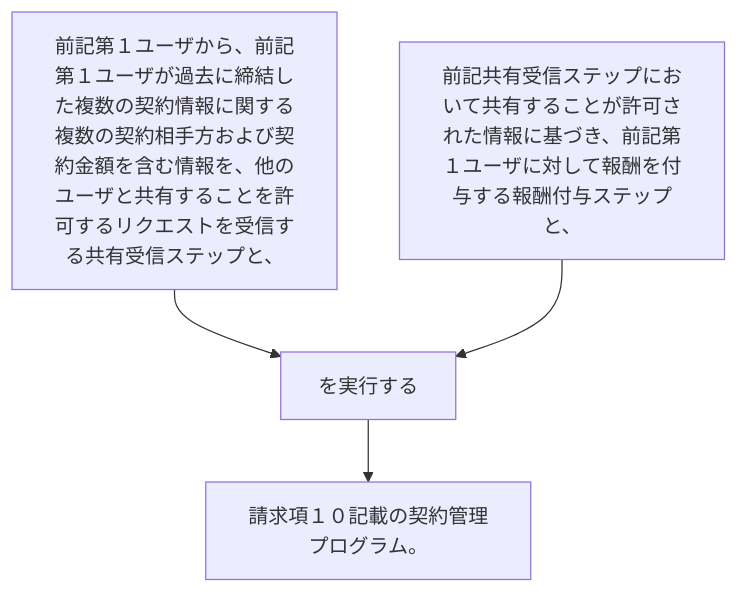
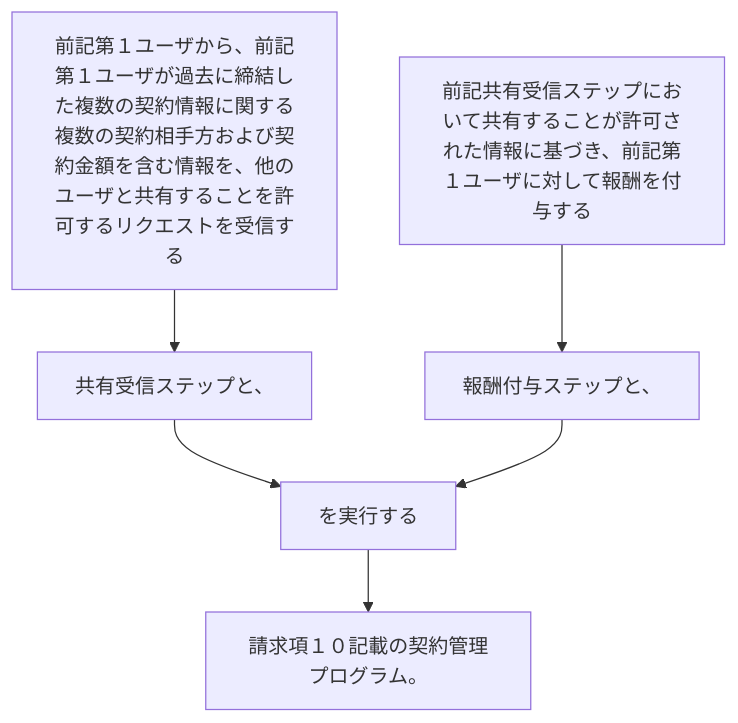
One commit to shinmori55/patent_analyzed changed the diagram in 2024/JP2024014095A/claim_11/README.md. Above: the diagram before and after it, drawn with Mermaid. The commit also changed 27 other files, not shown here.

````diff
--- a/2024/JP2024014095A/claim_11/README.md
+++ b/2024/JP2024014095A/claim_11/README.md
@@ -4,10 +4,14 @@
 ```mermaid
 flowchart TD
-A[前記第１ユーザから、前記第１ユーザが過去に締結した複数の契約情報に関する複数の契約相手方および契約金額を含む情報を、他のユーザと共有することを許可するリクエストを受信する共有受信ステップと、]
-B[前記共有受信ステップにおいて共有することが許可された情報に基づき、前記第１ユーザに対して報酬を付与する報酬付与ステップと、]
-C[を実行する]
-D[請求項１０記載の契約管理プログラム。]
-A --> C
-B --> C
+A[前記第１ユーザから、前記第１ユーザが過去に締結した複数の契約情報に関する複数の契約相手方および契約金額を含む情報を、他のユーザと共有することを許可するリクエストを受信する]
+B[共有受信ステップと、]
+C[前記共有受信ステップにおいて共有することが許可された情報に基づき、前記第１ユーザに対して報酬を付与する]
+D[報酬付与ステップと、]
+E[を実行する]
+F[請求項１０記載の契約管理プログラム。]
+A --> B
 C --> D
+B --> E
+D --> E
+E --> F
 ```
````
